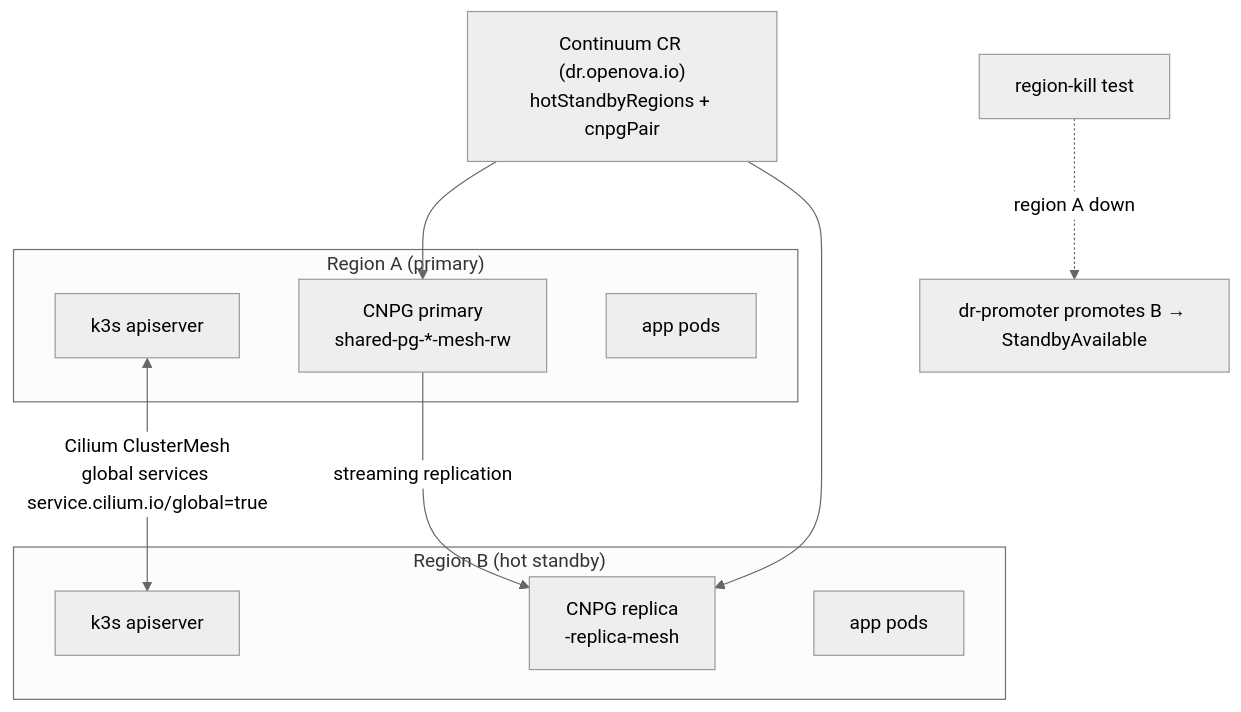
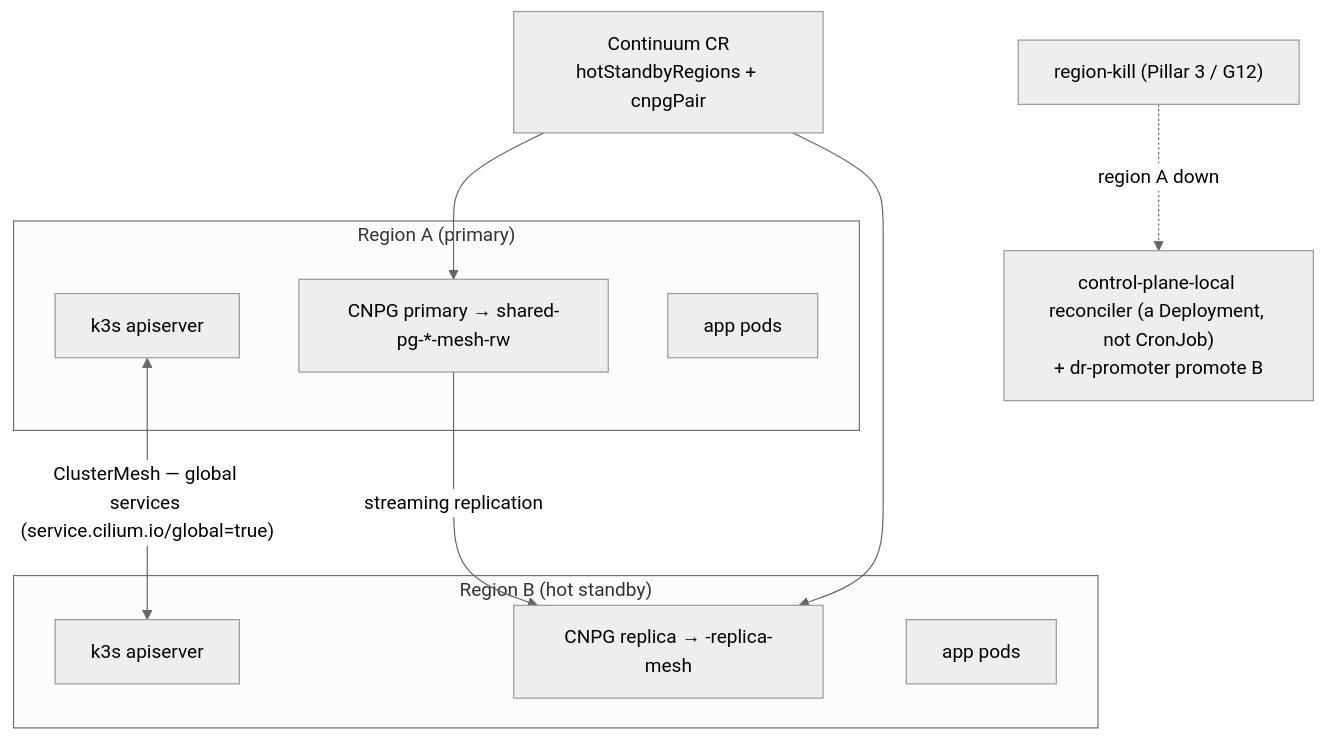
One commit to openova-io/openova changed diagram 12 of 16 in docs/SYSTEM-DESIGN.md. Above: the diagram before and after it, drawn with Mermaid (neutral theme). The commit also changed other lines of this file, not shown here.

````diff
--- a/docs/SYSTEM-DESIGN.md
+++ b/docs/SYSTEM-DESIGN.md
@@ -267,14 +389,13 @@
 ```mermaid
 graph TB
-  subgraph RegionA["Region A (primary)"]
-    APIA["k3s apiserver"]; PGA["CNPG primary<br/>shared-pg-*-mesh-rw"]; APPA["app pods"]
+  subgraph A["Region A (primary)"]
+    APIA["k3s apiserver"]; PGA["CNPG primary → shared-pg-*-mesh-rw"]; APPA["app pods"]
   end
-  subgraph RegionB["Region B (hot standby)"]
-    APIB["k3s apiserver"]; PGB["CNPG replica<br/>-replica-mesh"]; APPB["app pods"]
+  subgraph B["Region B (hot standby)"]
+    APIB["k3s apiserver"]; PGB["CNPG replica → -replica-mesh"]; APPB["app pods"]
   end
-  APIA <-->|Cilium ClusterMesh<br/>global services service.cilium.io/global=true| APIB
+  APIA <-->|"ClusterMesh — global services (service.cilium.io/global=true)"| APIB
   PGA -->|streaming replication| PGB
-  CONT["Continuum CR (dr.openova.io)<br/>hotStandbyRegions + cnpgPair"] --> PGA
-  CONT --> PGB
-  KILL["region-kill test"] -.->|region A down| PROMOTE["dr-promoter promotes B → StandbyAvailable"]
+  CONT["Continuum CR<br/>hotStandbyRegions + cnpgPair"] --> PGA & PGB
+  KILL["region-kill (Pillar 3 / G12)"] -.->|region A down| DR["control-plane-local reconciler (a Deployment, not CronJob)<br/>+ dr-promoter promote B"]
 ```
````
